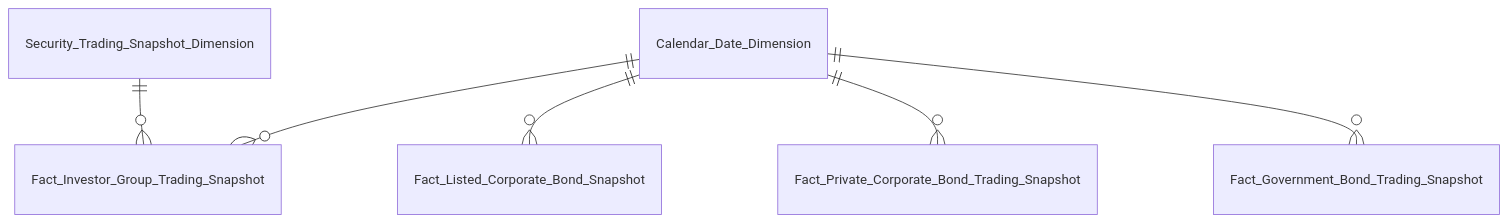
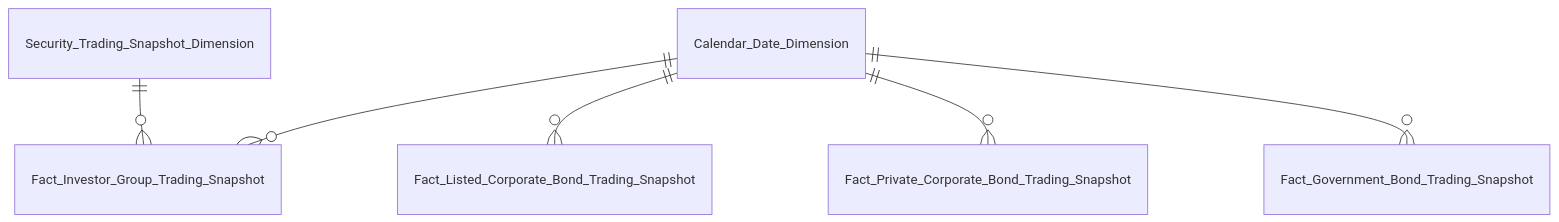
Before and after one commit to linhlvit/ubck_atomic_design: diagram 29 of 50 in Datamart/hld/DTM_VP_Entities.md, drawn with Mermaid. The commit also changed other lines of this file and 12 other files, not shown here.

````diff
--- a/Datamart/hld/DTM_VP_Entities.md
+++ b/Datamart/hld/DTM_VP_Entities.md
@@ -461,8 +469,8 @@
 ```mermaid
 erDiagram
     Calendar_Date_Dimension ||--o{ Fact_Investor_Group_Trading_Snapshot : " "
     Security_Trading_Snapshot_Dimension ||--o{ Fact_Investor_Group_Trading_Snapshot : " "
-    Calendar_Date_Dimension ||--o{ Fact_Listed_Corporate_Bond_Snapshot : " "
+    Calendar_Date_Dimension ||--o{ Fact_Listed_Corporate_Bond_Trading_Snapshot : " "
     Calendar_Date_Dimension ||--o{ Fact_Private_Corporate_Bond_Trading_Snapshot : " "
     Calendar_Date_Dimension ||--o{ Fact_Government_Bond_Trading_Snapshot : " "
 ```
````
